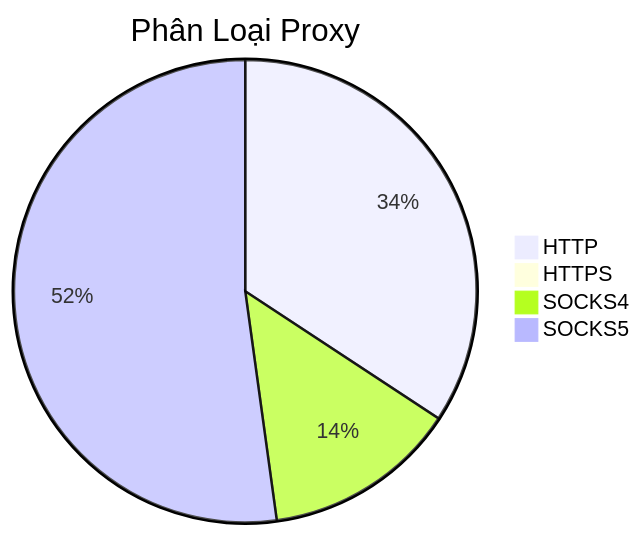
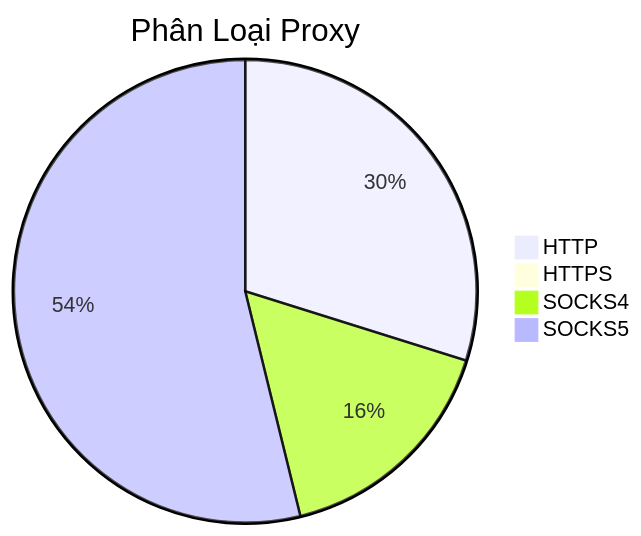
One commit to Ciara-Aa/PROXY-free changed the diagram in README.md. Above: the diagram before and after it, drawn with Mermaid. The commit also changed other lines of this file and 4 other files, not shown here.

````diff
--- a/README.md
+++ b/README.md
@@ -26,7 +26,7 @@
 ```mermaid
 pie title Phân Loại Proxy
-    "HTTP" : 786
-    "HTTPS" : 3
-    "SOCKS4" : 311
-    "SOCKS5" : 1197
+    "HTTP" : 382
+    "HTTPS" : 4
+    "SOCKS4" : 209
+    "SOCKS5" : 689
 ```
````
